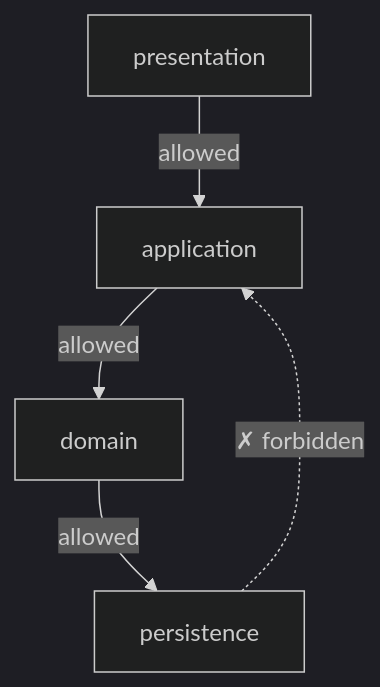
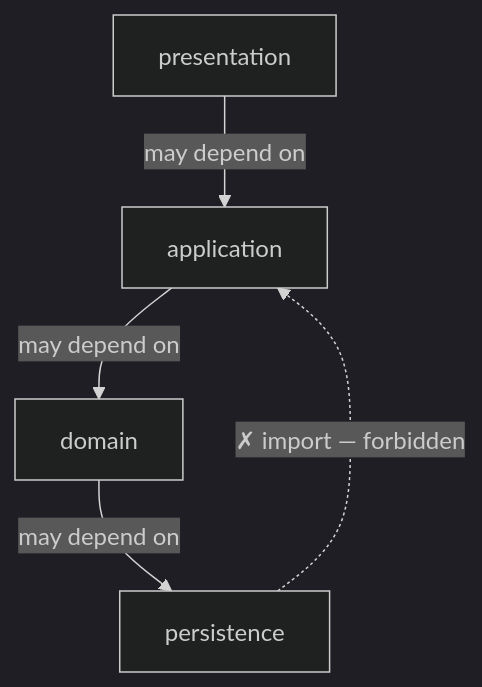
One commit to Ek-Ita-Swa-Iti/EK_ITA_SWA_2026_fall changed the first of 2 diagrams in 08._layered_architecture/README.md. Above: the diagram before and after it, drawn with Mermaid (dark theme). The commit also changed other lines of this file, not shown here.

Commit message:
S8 Part 1: clarify dependency vs. data-flow direction, relabel diagram edges

````diff
--- a/08._layered_architecture/README.md
+++ b/08._layered_architecture/README.md
@@ -61,7 +63,7 @@
 ```mermaid
 flowchart TB
-    PRES[presentation] -->|allowed| APP[application]
-    APP -->|allowed| DOM[domain]
-    DOM -->|allowed| PERSIST[persistence]
-    PERSIST -.->|"✗ forbidden"| APP
+    PRES[presentation] -->|"may depend on"| APP[application]
+    APP -->|"may depend on"| DOM[domain]
+    DOM -->|"may depend on"| PERSIST[persistence]
+    PERSIST -.->|"✗ import — forbidden"| APP
 ```
````
